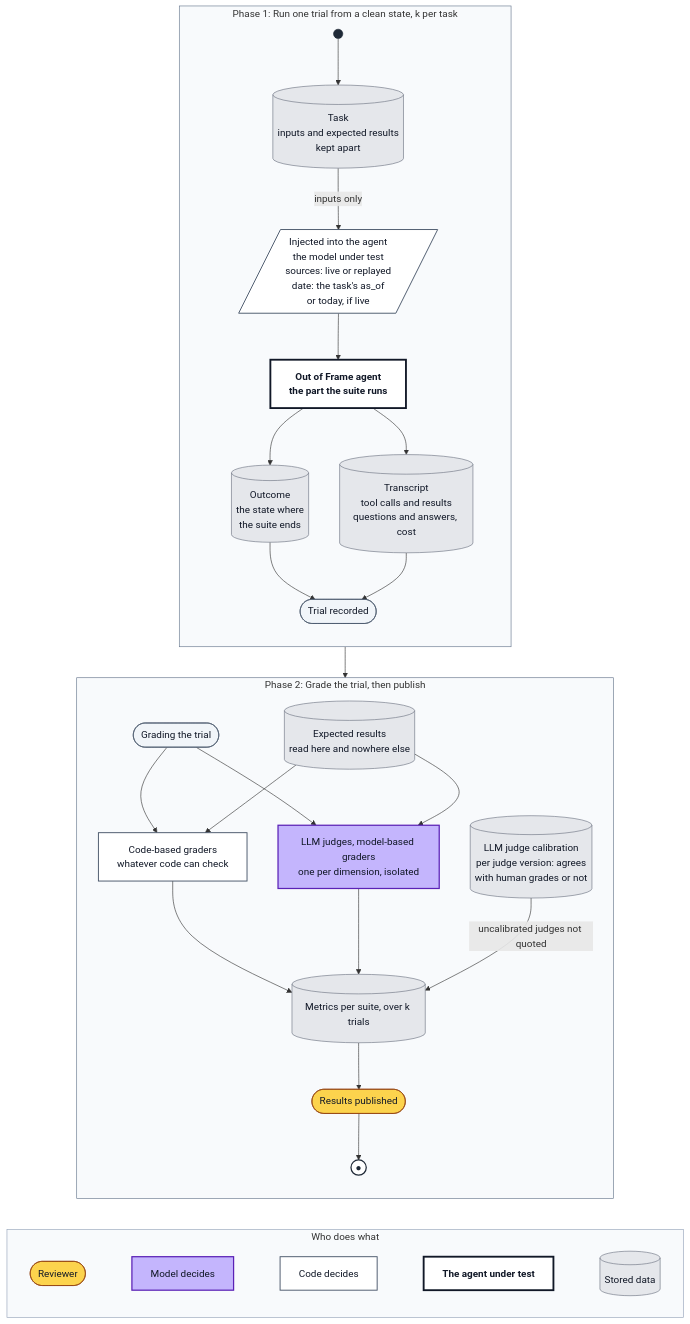
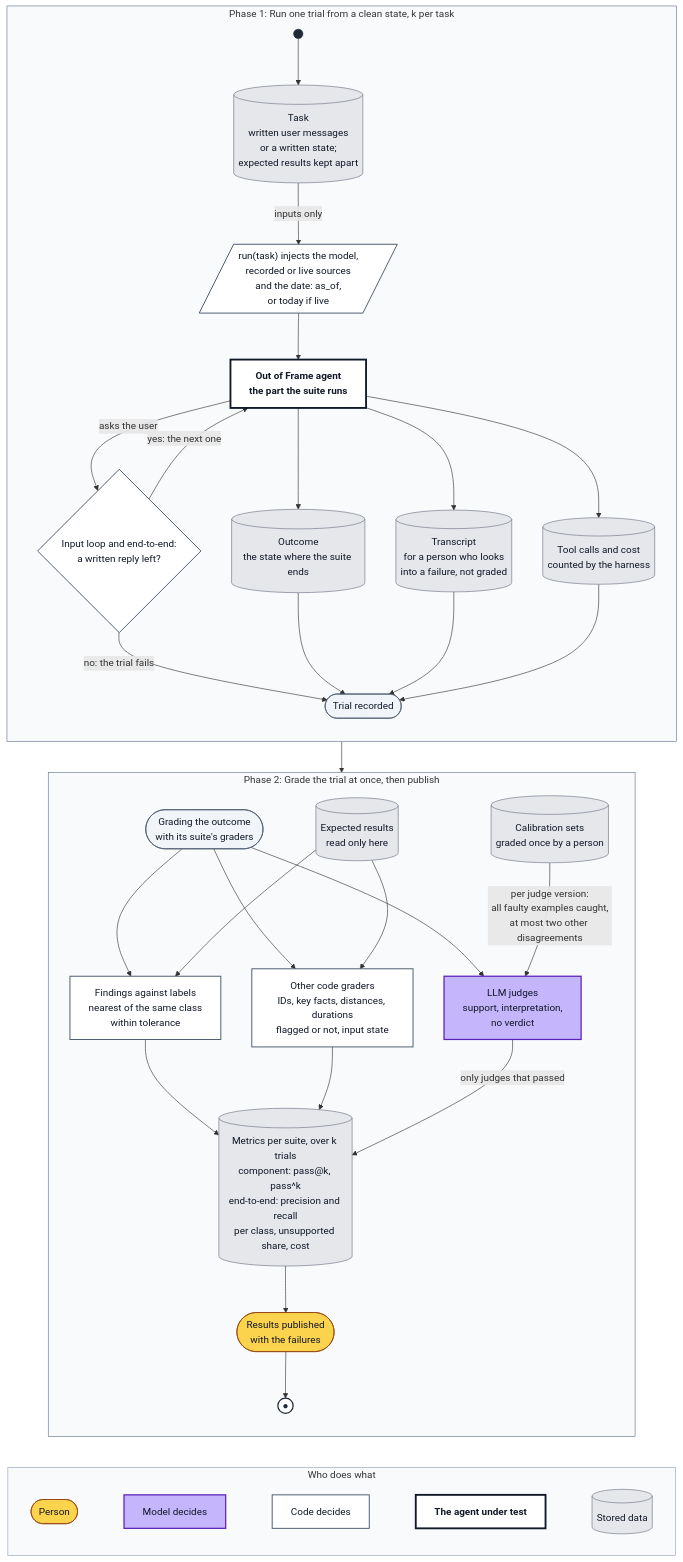
One commit to avashchenkov/out-of-frame changed the diagram in docs/eval-architecture.md. Above: the diagram before and after it, drawn with Mermaid. The commit also changed other lines of this file, not shown here.

Commit message:
docs: grade outcomes only and redraw the eval run

````diff
--- a/docs/eval-architecture.md
+++ b/docs/eval-architecture.md
@@ -530,65 +420,75 @@
 ```mermaid
 flowchart TD
     subgraph TRIALS["Phase 1: Run one trial from a clean state, k per task"]
         direction TB
         START((" ")):::start
-        TASK[("Task<br/>inputs and expected results<br/>kept apart")]:::data
-        INJ[/"Injected into the agent<br/>the model under test<br/>sources: live or replayed<br/>date: the task's as_of<br/>or today, if live"/]:::code
+        TASK[("Task<br/>written user messages<br/>or a written state;<br/>expected results kept apart")]:::data
+        INJ[/"run(task) injects the model,<br/>recorded or live sources<br/>and the date: as_of,<br/>or today if live"/]:::code
         AG["Out of Frame agent<br/>the part the suite runs"]:::sut
-        OUTC[("Outcome<br/>the state where<br/>the suite ends")]:::data
-        TRN[("Transcript<br/>tool calls and results<br/>questions and answers, cost")]:::data
+        RPL{"Input loop and end-to-end:<br/>a written reply left?"}:::code
+        OUTC[("Outcome<br/>the state where the suite ends")]:::data
+        TRN[("Transcript<br/>for a person who looks<br/>into a failure, not graded")]:::data
+        CNT[("Tool calls and cost<br/>counted by the harness")]:::data
         RD(["Trial recorded"]):::milestone
         START --> TASK
         TASK -->|"inputs only"| INJ
         INJ --> AG
+        AG -->|"asks the user"| RPL
+        RPL -->|"yes: the next one"| AG
+        RPL -->|"no: the trial fails"| RD
         AG --> OUTC
         AG --> TRN
+        AG --> CNT
         OUTC --> RD
         TRN --> RD
+        CNT --> RD
     end
 
-    subgraph GRADE["Phase 2: Grade the trial, then publish"]
+    subgraph GRADE["Phase 2: Grade the trial at once, then publish"]
         direction TB
-        GS(["Grading the trial"]):::milestone
-        SC[("Expected results<br/>read here and nowhere else")]:::data
-        CG["Code-based graders<br/>whatever code can check"]:::code
-        JG["LLM judges, model-based graders<br/>one per dimension, isolated"]:::model
-        CALD[("LLM judge calibration<br/>per judge version: agrees<br/>with human grades or not")]:::data
-        MET[("Metrics per suite, over k trials")]:::data
-        PUB(["Results published"]):::human
+        GS(["Grading the outcome<br/>with its suite's graders"]):::milestone
+        SC[("Expected results<br/>read only here")]:::data
+        MATCH["Findings against labels<br/>nearest of the same class<br/>within tolerance"]:::code
+        CG["Other code graders<br/>IDs, key facts, distances, durations<br/>flagged or not, input state"]:::code
+        JG["LLM judges<br/>support, interpretation,<br/>no verdict"]:::model
+        CAL[("Calibration sets<br/>graded once by a person")]:::data
+        MET[("Metrics per suite, over k trials<br/>component: pass@k, pass^k<br/>end-to-end: precision and recall<br/>per class, unsupported share, cost")]:::data
+        PUB(["Results published<br/>with the failures"]):::human
         STOP(("●")):::stop
+        GS --> MATCH
         GS --> CG
         GS --> JG
+        SC --> MATCH
         SC --> CG
-        SC --> JG
+        CAL -->|"per judge version:<br/>all faulty examples caught,<br/>at most two other disagreements"| JG
+        MATCH --> MET
         CG --> MET
-        JG --> MET
-        CALD -->|"uncalibrated judges not quoted"| MET
+        JG -->|"only judges that passed"| MET
         MET --> PUB --> STOP
     end
 
     TRIALS --> GRADE
 
     subgraph KEY["Who does what"]
         direction LR
-        k1(["Reviewer"]):::human
+        k1(["Person"]):::human
         k2["Model decides"]:::model
         k3["Code decides"]:::code
         k6["The agent under test"]:::sut
         k4[("Stored data")]:::data
         k1 ~~~ k2 ~~~ k3 ~~~ k6 ~~~ k4
     end
     GRADE ~~~ KEY
 
     classDef human fill:#fcd34d,stroke:#92400e,color:#111827
     classDef model fill:#c4b5fd,stroke:#5b21b6,stroke-width:2px,color:#111827
     classDef code fill:#ffffff,stroke:#475569,stroke-width:1.5px,color:#111827
     classDef sut fill:#ffffff,stroke:#111827,stroke-width:3px,color:#111827,font-weight:bold
     classDef data fill:#e5e7eb,stroke:#6b7280,color:#111827
     classDef milestone fill:#f1f5f9,stroke:#475569,color:#111827
     classDef start fill:#1f2937,stroke:#1f2937,color:#1f2937
     classDef stop fill:#ffffff,stroke:#1f2937,stroke-width:2px,color:#1f2937
     style TRIALS fill:#f8fafc,stroke:#64748b
     style GRADE fill:#f8fafc,stroke:#64748b
     style KEY fill:#f8fafc,stroke:#94a3b8
 ```
````
